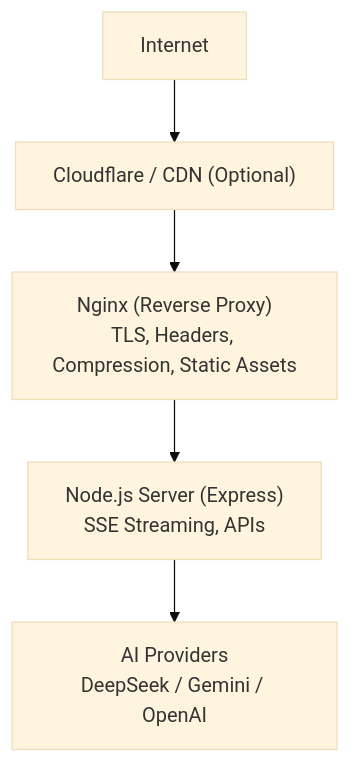
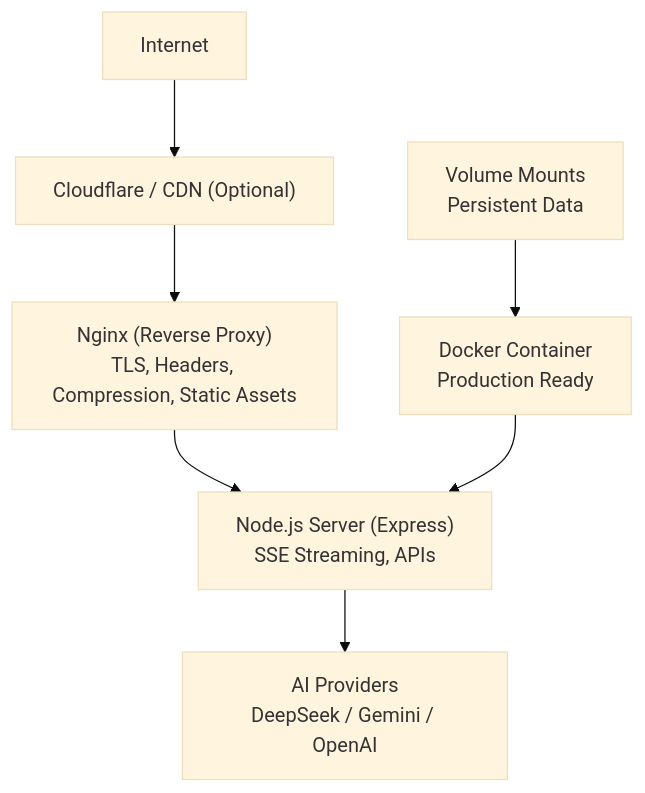
Before and after one commit to RunTimeAdmin/tri-ai: the second of 15 diagrams in .qoder/repowiki/en/content/Deployment & Operations/Deployment & Operations.md, drawn with Mermaid (base theme). The commit also changed other lines of this file and 139 other files, not shown here.

````diff
--- a/.qoder/repowiki/en/content/Deployment & Operations/Deployment & Operations.md
+++ b/.qoder/repowiki/en/content/Deployment & Operations/Deployment & Operations.md
@@ -93,11 +123,15 @@
 ```mermaid
 graph TB
 Internet["Internet"]
 CF["Cloudflare / CDN (Optional)"]
 Nginx["Nginx (Reverse Proxy)<br/>TLS, Headers, Compression, Static Assets"]
 Node["Node.js Server (Express)<br/>SSE Streaming, APIs"]
 Providers["AI Providers<br/>DeepSeek / Gemini / OpenAI"]
+Docker["Docker Container<br/>Production Ready"]
+DockerVolume["Volume Mounts<br/>Persistent Data"]
 Internet --> CF --> Nginx
 Nginx --> Node
 Node --> Providers
+Docker --> Node
+DockerVolume --> Docker
 ```
````
